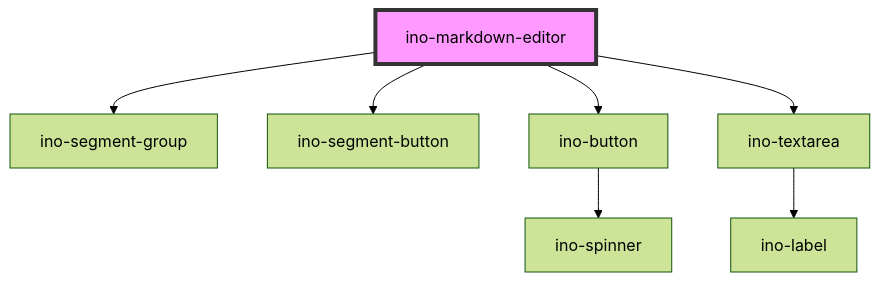
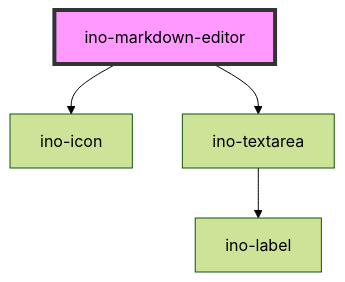
Before and after one commit to inovex/elements: the diagram in packages/elements/src/components/ino-markdown-editor/readme.md, drawn with Mermaid (forest theme). The commit also changed other lines of this file and 6 other files, not shown here.

Commit message:
feat(elements|ino-markdown-editor): add editor toolbar with applied design

````diff
--- a/packages/elements/src/components/ino-markdown-editor/readme.md
+++ b/packages/elements/src/components/ino-markdown-editor/readme.md
@@ -34,10 +32,7 @@
 ```mermaid
 graph TD;
-  ino-markdown-editor --> ino-segment-group
-  ino-markdown-editor --> ino-segment-button
-  ino-markdown-editor --> ino-button
+  ino-markdown-editor --> ino-icon
   ino-markdown-editor --> ino-textarea
-  ino-button --> ino-spinner
   ino-textarea --> ino-label
   style ino-markdown-editor fill:#f9f,stroke:#333,stroke-width:4px
 ```
````
